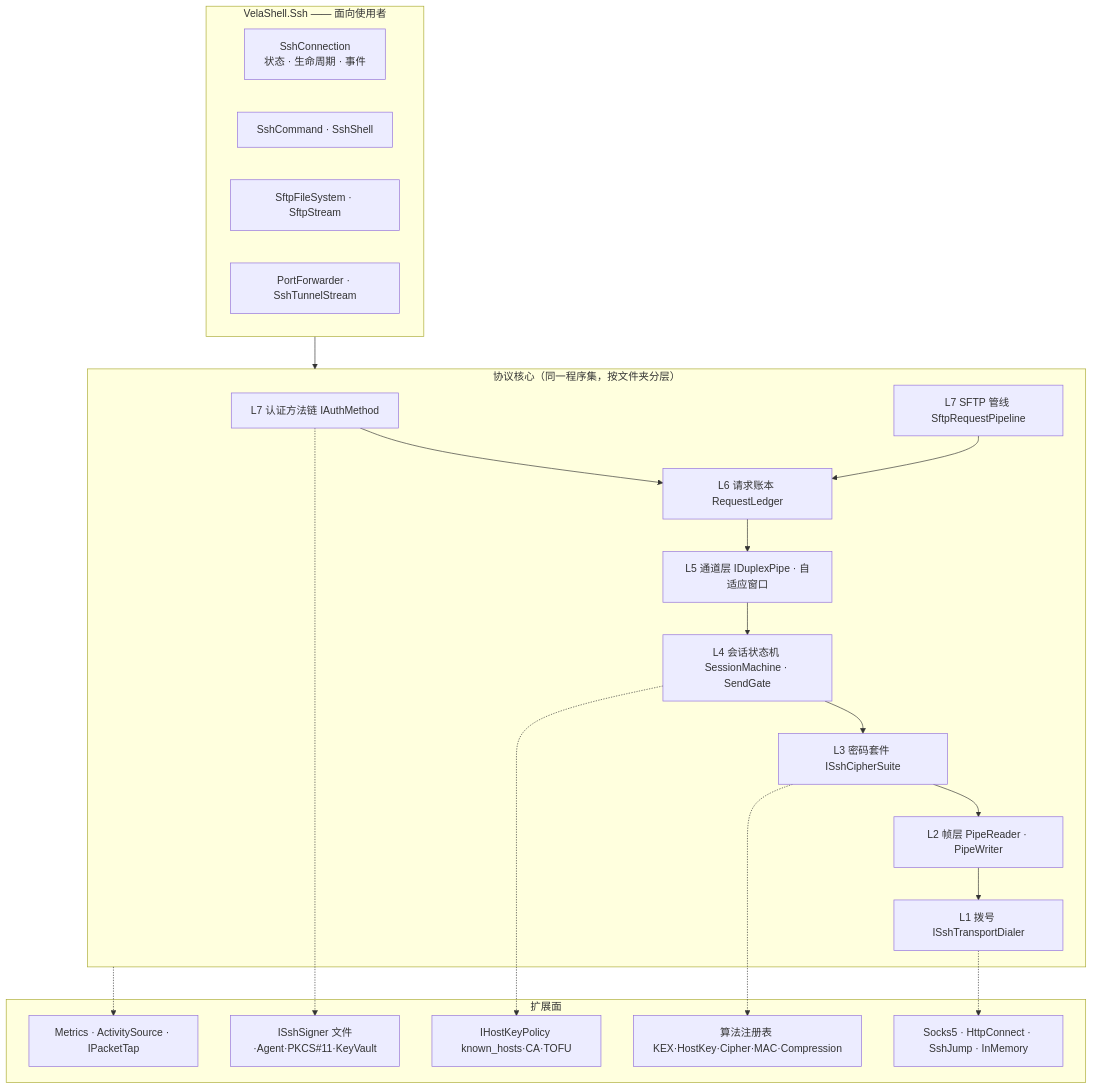
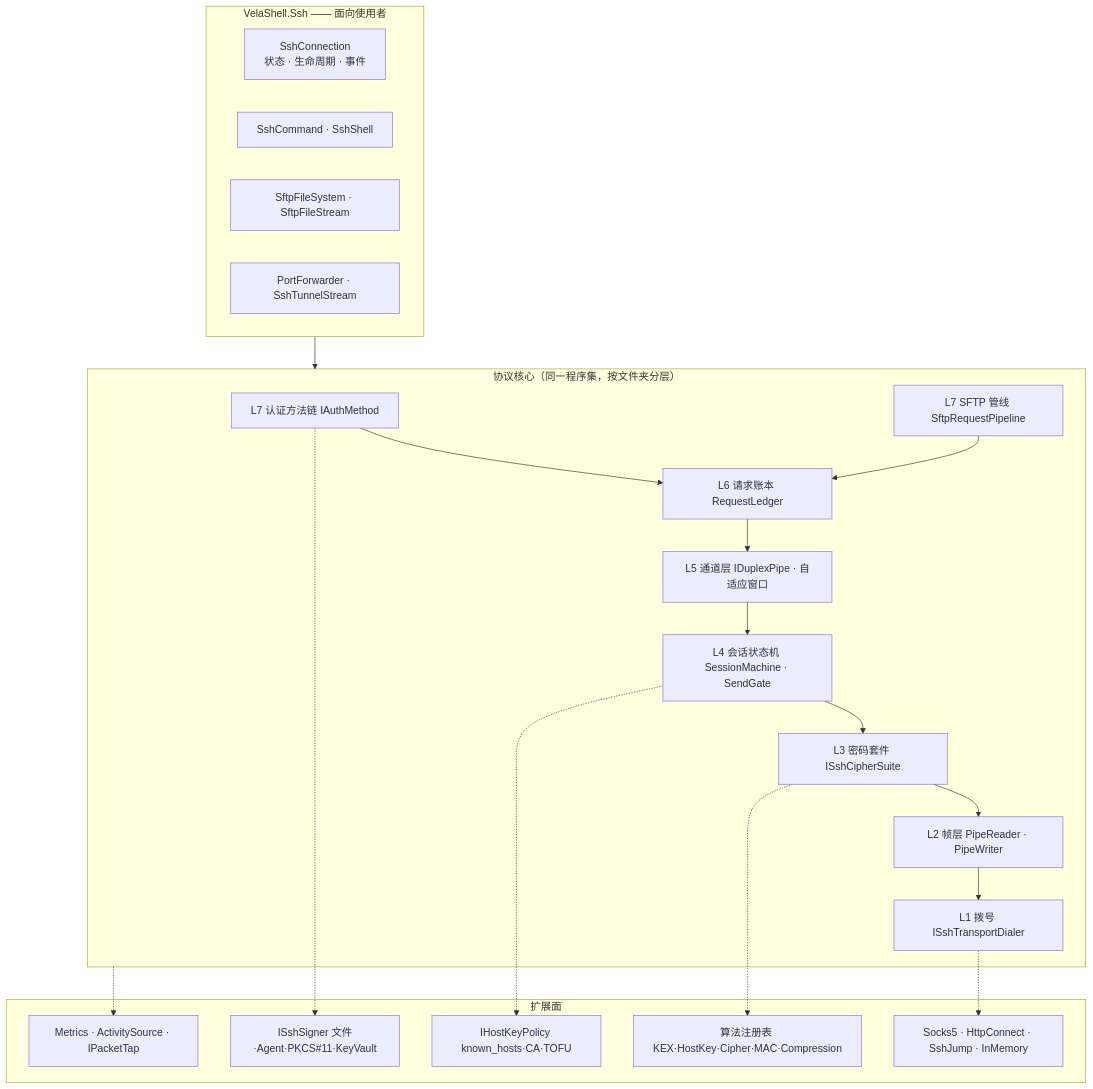
One commit to VelaShellLabs/velashell-docs changed the diagram in zh/ssh/design/architecture.md. Above: the diagram before and after it, drawn with Mermaid. The commit also changed other lines of this file and 19 other files, not shown here.

````diff
--- a/zh/ssh/design/architecture.md
+++ b/zh/ssh/design/architecture.md
@@ -153,42 +153,42 @@
 ```mermaid
 flowchart TB
     subgraph API["VelaShell.Ssh —— 面向使用者"]
         CONN["SshConnection<br/>状态 · 生命周期 · 事件"]
         CMD["SshCommand · SshShell"]
-        SFTP["SftpFileSystem · SftpStream"]
+        SFTP["SftpFileSystem · SftpFileStream"]
         FWD["PortForwarder · SshTunnelStream"]
     end
 
     subgraph CORE["协议核心（同一程序集，按文件夹分层）"]
         L7A["L7 认证方法链 IAuthMethod"]
         L7B["L7 SFTP 管线 SftpRequestPipeline"]
         L6["L6 请求账本 RequestLedger"]
         L5["L5 通道层 IDuplexPipe · 自适应窗口"]
         L4["L4 会话状态机 SessionMachine · SendGate"]
         L3["L3 密码套件 ISshCipherSuite"]
         L2["L2 帧层 PipeReader · PipeWriter"]
         L1["L1 拨号 ISshTransportDialer"]
     end
 
     subgraph EXT["扩展面"]
         DIAL["Socks5 · HttpConnect · SshJump · InMemory"]
         ALGO["算法注册表 KEX·HostKey·Cipher·MAC·Compression"]
         SIGN["ISshSigner 文件·Agent·PKCS#11·KeyVault"]
         POL["IHostKeyPolicy known_hosts·CA·TOFU"]
         OBS["Metrics · ActivitySource · IPacketTap"]
     end
 
     API --> CORE
     L7A --> L6
     L7B --> L6
     L6 --> L5
     L5 --> L4
     L4 --> L3
     L3 --> L2
     L2 --> L1
     L1 -.-> DIAL
     L3 -.-> ALGO
     L7A -.-> SIGN
     L4 -.-> POL
     CORE -.-> OBS
 ```
````
